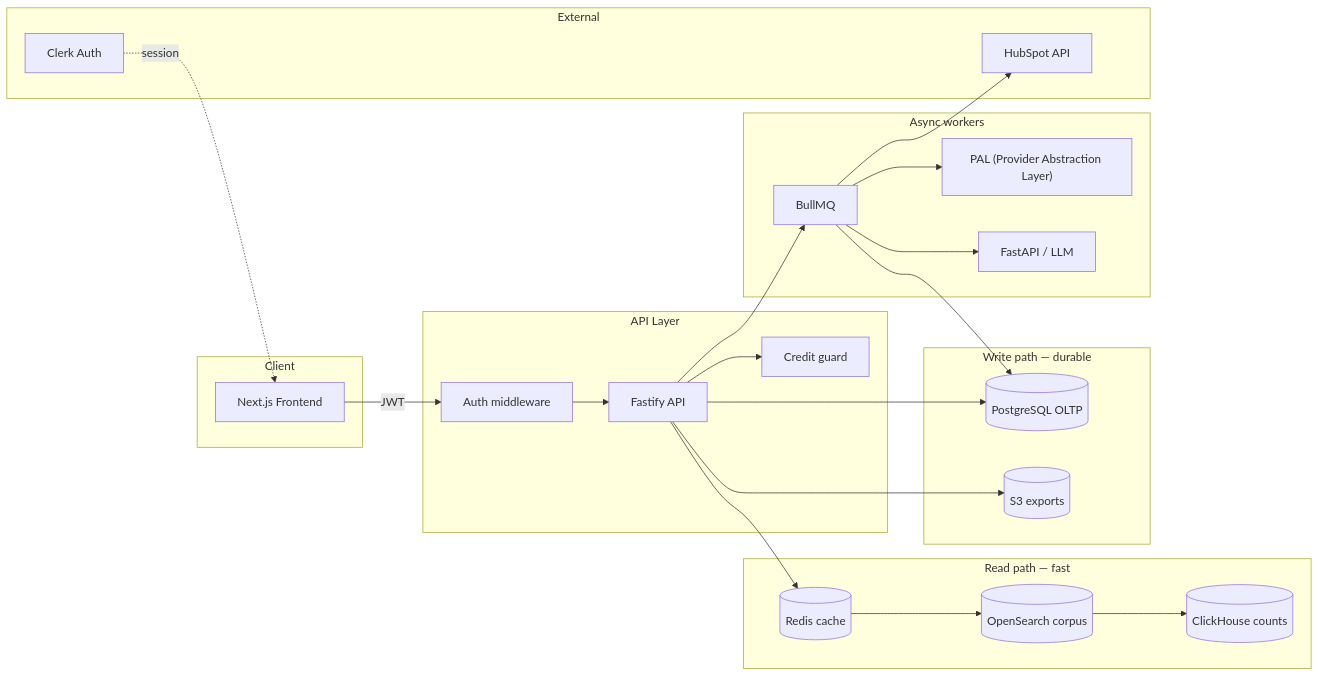
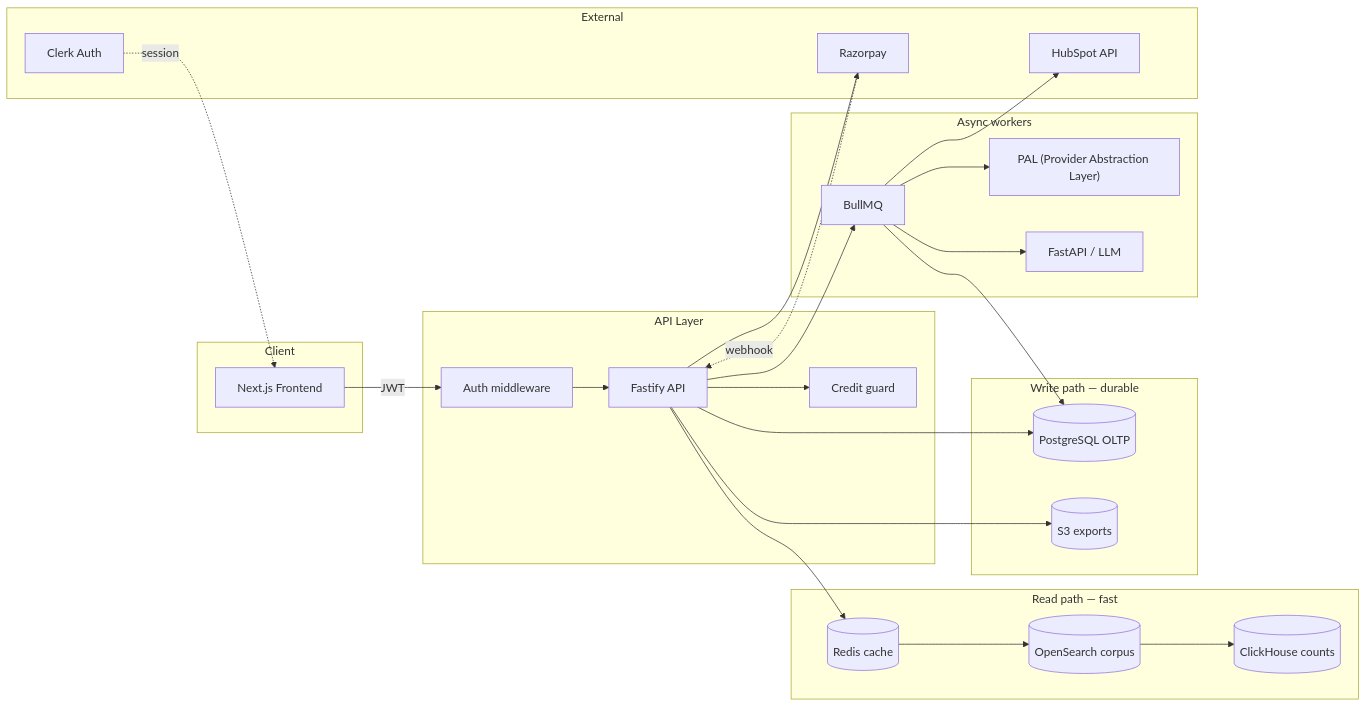
One commit to sailishkang-skout/Skout-AI-Backend changed the second of 39 diagrams in docs/mvp-flows.md. Above: the diagram before and after it, drawn with Mermaid. The commit also changed other lines of this file and 63 other files, not shown here.

````diff
--- a/docs/mvp-flows.md
+++ b/docs/mvp-flows.md
@@ -179,47 +181,50 @@
 ```mermaid
 flowchart LR
     subgraph edge [Client]
         FE[Next.js Frontend]
     end
 
     subgraph api [API Layer]
         API[Fastify API]
         AUTH[Auth middleware]
         CREDIT[Credit guard]
     end
 
     subgraph read [Read path — fast]
         REDIS[(Redis cache)]
         OS[(OpenSearch corpus)]
         CH[(ClickHouse counts)]
     end
 
     subgraph write [Write path — durable]
         PG[(PostgreSQL OLTP)]
         S3[(S3 exports)]
     end
 
     subgraph async [Async workers]
         BQ[BullMQ]
         PAL["PAL (Provider Abstraction Layer)"]
         AI[FastAPI / LLM]
     end
 
     subgraph external [External]
         HS[HubSpot API]
         CLERK[Clerk Auth]
+        RZP[Razorpay]
     end
 
     FE -->|JWT| AUTH --> API
     API --> CREDIT
     API --> REDIS --> OS
     OS --> CH
     API --> PG
     API --> BQ
     BQ --> PAL
     BQ --> AI
     BQ --> PG
     BQ --> HS
     API --> S3
+    API --> RZP
+    RZP -.->|webhook| API
     CLERK -.->|session| FE
 ```
````
